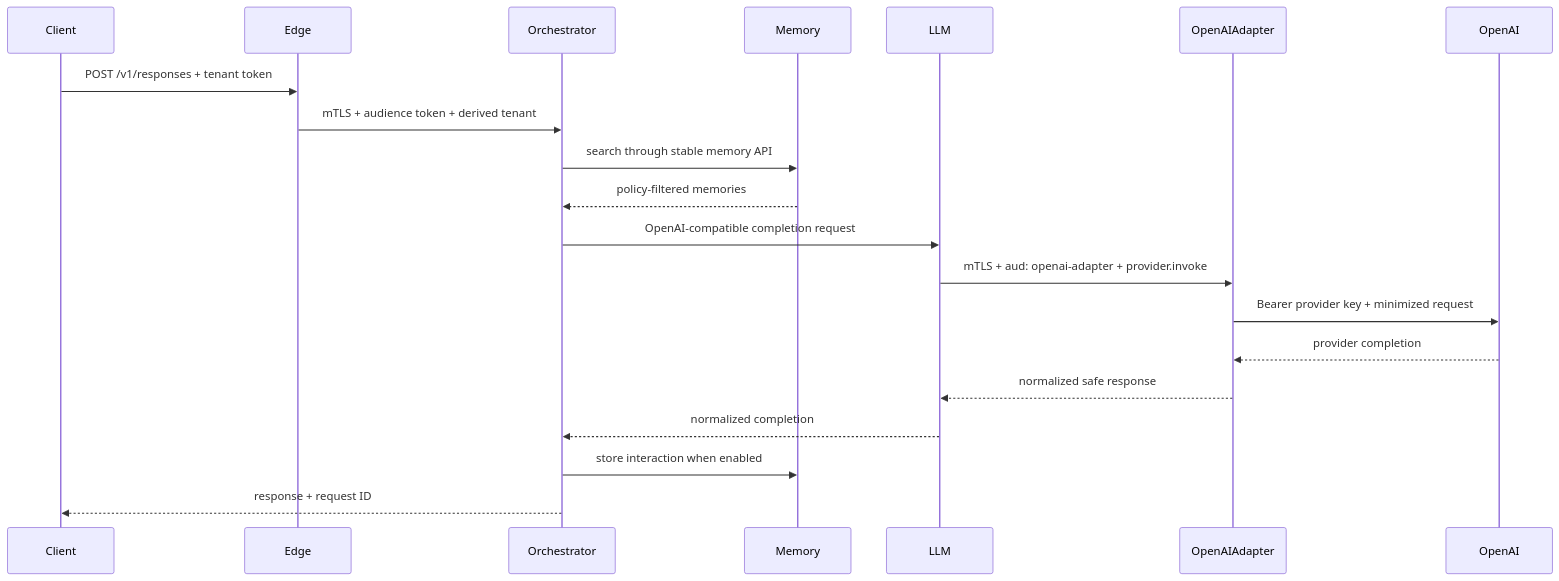
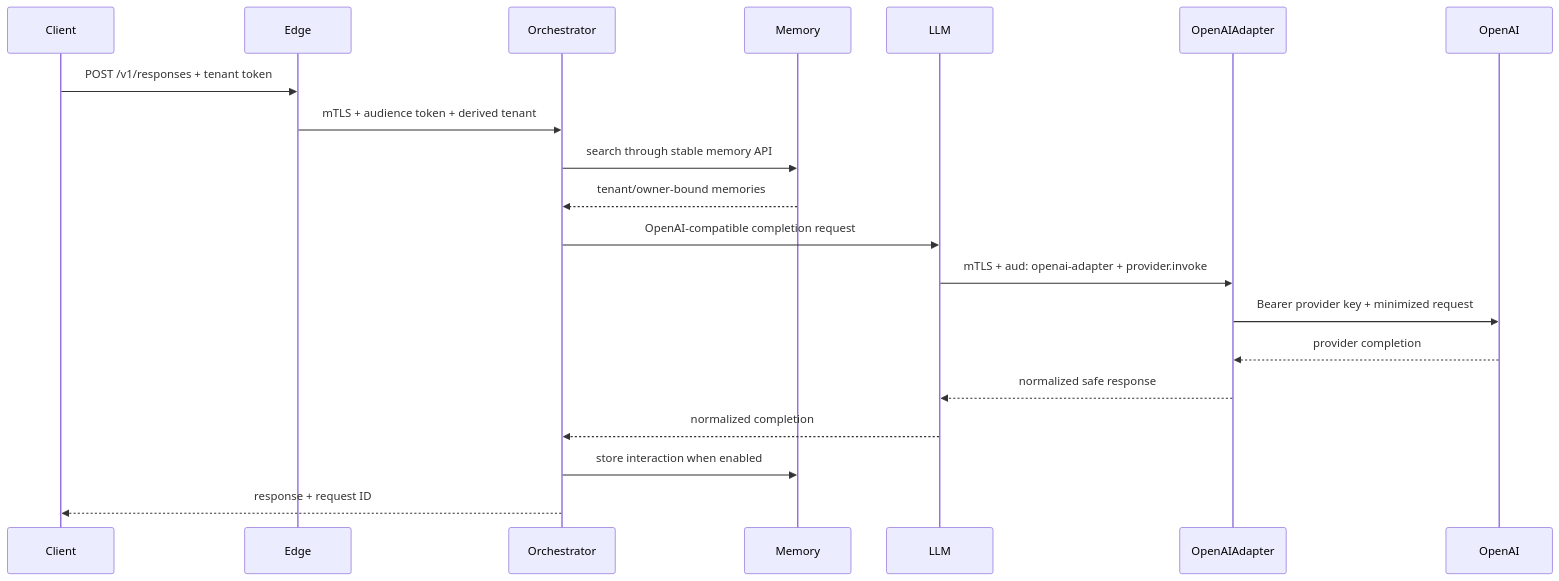
One commit to diaryfolio/aiops-fabric changed the diagram in docs/design/high-level/design_01.md. Above: the diagram before and after it, drawn with Mermaid. The commit also changed other lines of this file and 44 other files, not shown here.

````diff
--- a/docs/design/high-level/design_01.md
+++ b/docs/design/high-level/design_01.md
@@ -38,22 +47,22 @@
 ```mermaid
 sequenceDiagram
     participant Client
     participant Edge
     participant Orchestrator
     participant Memory
     participant LLM
     participant OpenAIAdapter
     participant OpenAI
     Client->>Edge: POST /v1/responses + tenant token
     Edge->>Orchestrator: mTLS + audience token + derived tenant
     Orchestrator->>Memory: search through stable memory API
-    Memory-->>Orchestrator: policy-filtered memories
+    Memory-->>Orchestrator: tenant/owner-bound memories
     Orchestrator->>LLM: OpenAI-compatible completion request
     LLM->>OpenAIAdapter: mTLS + aud: openai-adapter + provider.invoke
     OpenAIAdapter->>OpenAI: Bearer provider key + minimized request
     OpenAI-->>OpenAIAdapter: provider completion
     OpenAIAdapter-->>LLM: normalized safe response
     LLM-->>Orchestrator: normalized completion
     Orchestrator->>Memory: store interaction when enabled
     Orchestrator-->>Client: response + request ID
 ```
````
